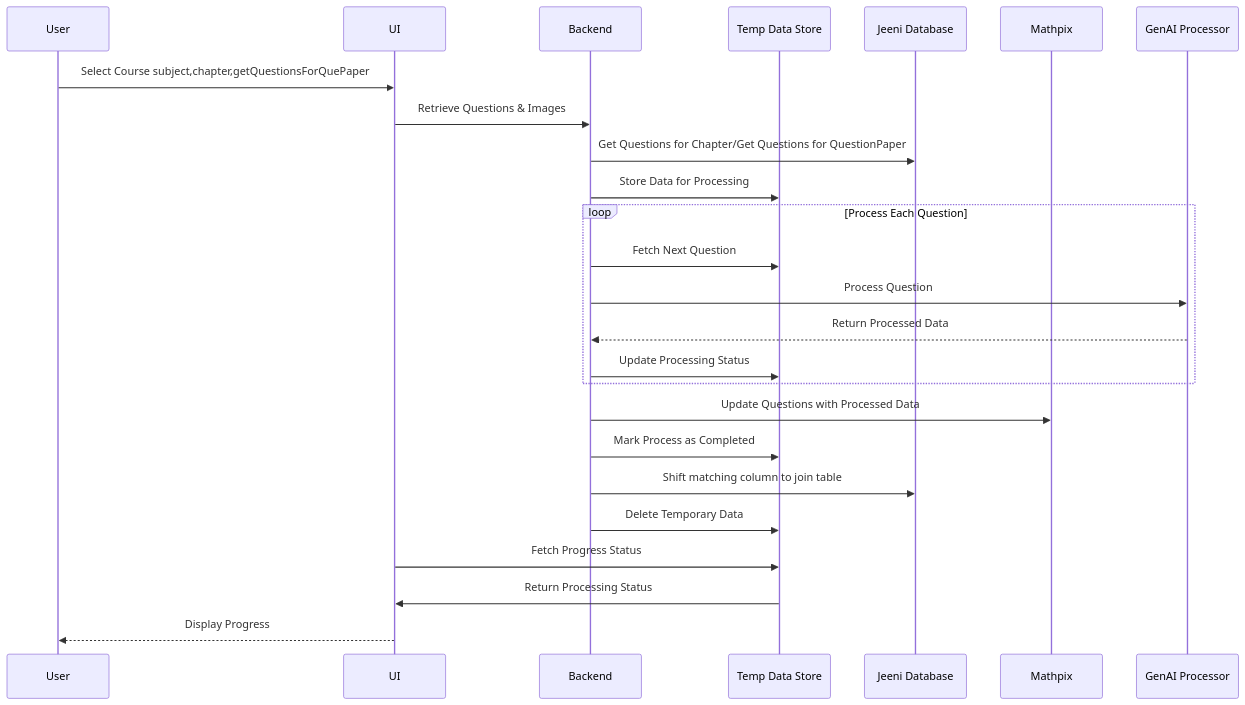
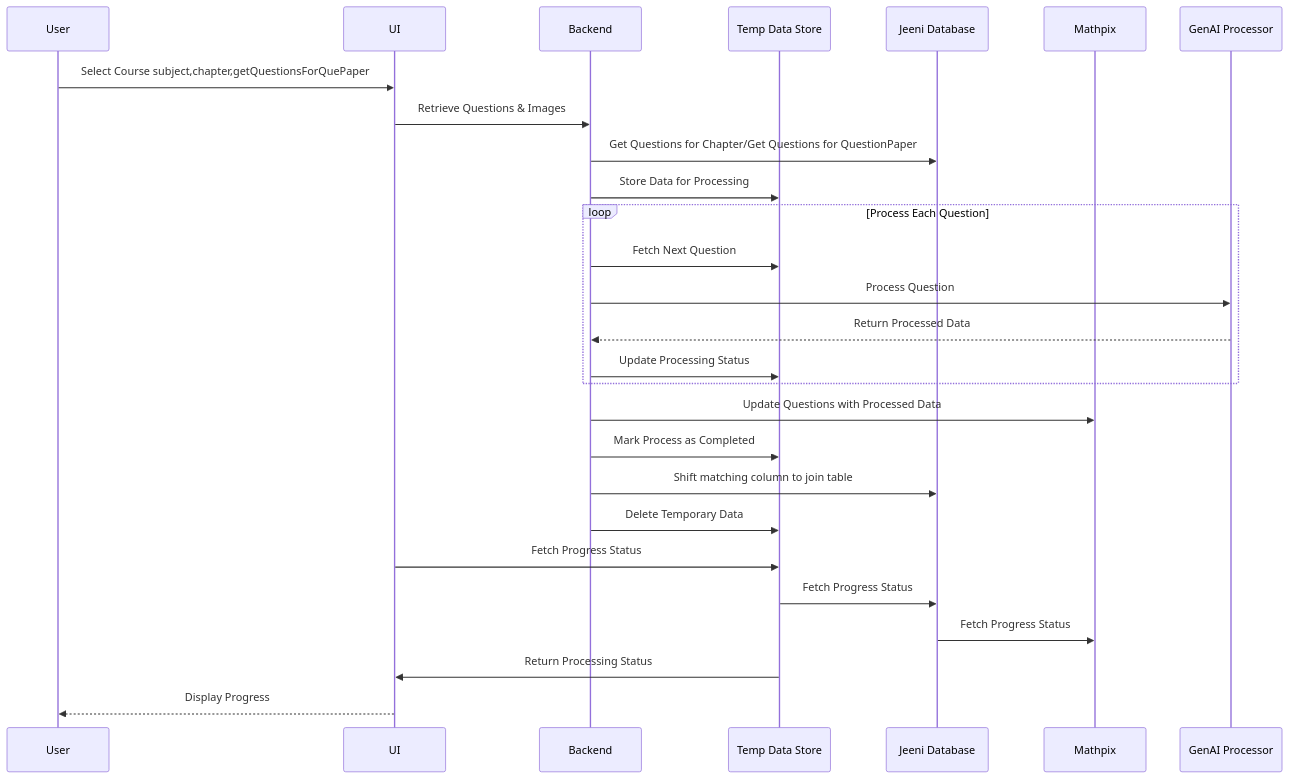
The diagram in docs/sequence_digram.md (MayuriSutar12/Documentation), drawn with Mermaid before and after one commit.

````diff
--- a/docs/sequence_digram.md
+++ b/docs/sequence_digram.md
@@ -2,34 +2,36 @@
 ```mermaid
 sequenceDiagram
     participant User as User
     participant UI as UI
     participant Backend as Backend
     participant TempDB as Temp Data Store
     participant JeeniDB as Jeeni Database
     participant Mathpix as Mathpix
     participant GenAI as GenAI Processor
 
     User ->> UI: Select Course subject,chapter,getQuestionsForQuePaper
     UI ->> Backend: Retrieve Questions & Images
     Backend ->> JeeniDB: Get Questions for Chapter/Get Questions for QuestionPaper
     Backend ->> TempDB: Store Data for Processing
 
     loop Process Each Question
         Backend ->> TempDB: Fetch Next Question
         Backend ->> GenAI: Process Question
         GenAI -->> Backend: Return Processed Data
         Backend ->> TempDB: Update Processing Status
     end
 
     Backend ->> Mathpix: Update Questions with Processed Data
     Backend ->> TempDB: Mark Process as Completed
     Backend ->> JeeniDB: Shift matching column to join table
     Backend ->> TempDB: Delete Temporary Data
 
 
     UI ->> TempDB: Fetch Progress Status
+   TempDB ->> JeeniDB: Fetch Progress Status
+  JeeniDB ->> Mathpix: Fetch Progress Status 
     TempDB ->> UI: Return Processing Status
     UI -->> User: Display Progress
 
 
 ```
````
